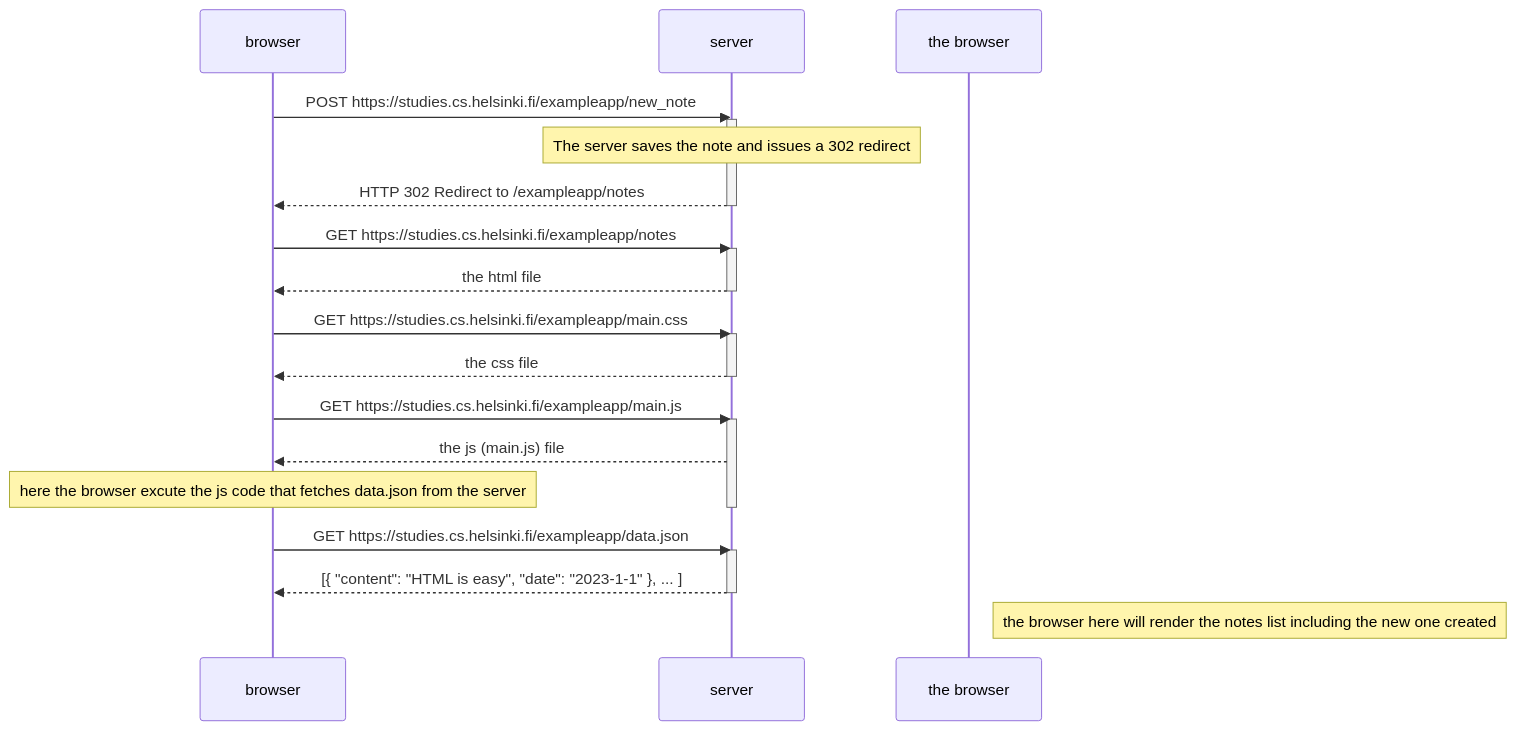
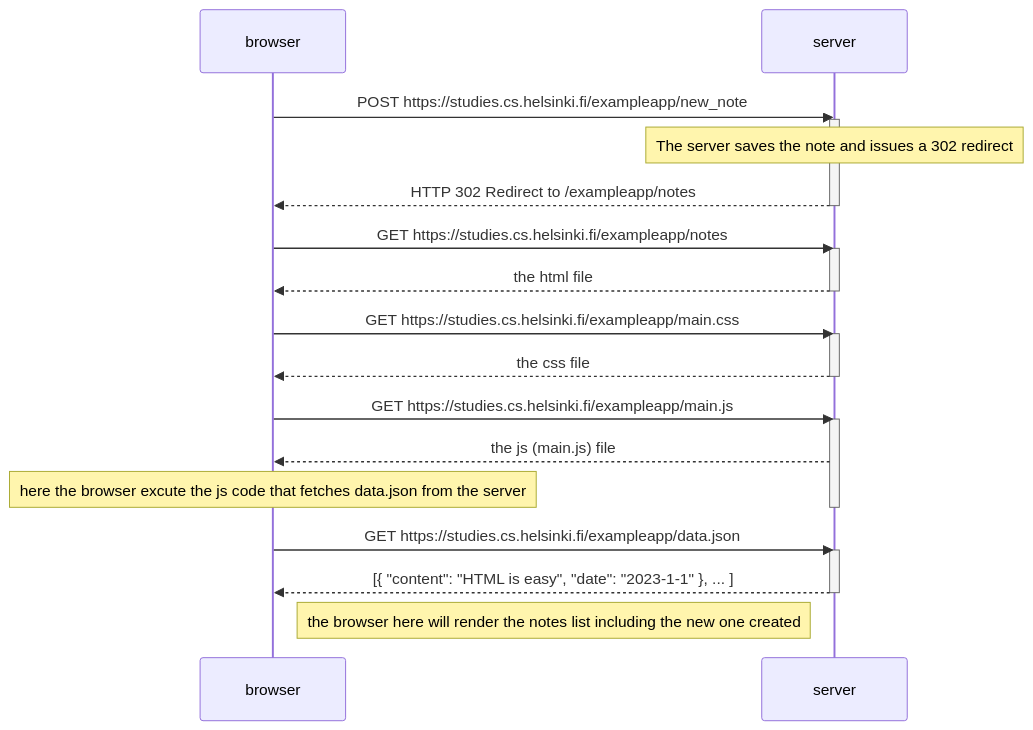
One commit to BillioCode/fullstack-open changed the diagram in part0/0.4_diagram.md. Above: the diagram before and after it, drawn with Mermaid.

Commit message:
typo correction in 0.4-diagram

````diff
--- a/part0/0.4_diagram.md
+++ b/part0/0.4_diagram.md
@@ -1,35 +1,35 @@
 ```mermaid
 sequenceDiagram
 participant browser
 participant server
 
     browser->>server: POST https://studies.cs.helsinki.fi/exampleapp/new_note
     activate server
     Note over server: The server saves the note and issues a 302 redirect
     server-->>browser: HTTP 302 Redirect to /exampleapp/notes
     deactivate server
 
     browser->>server: GET https://studies.cs.helsinki.fi/exampleapp/notes
     activate server
     server-->>browser: the html file
     deactivate server
 
     browser->>server: GET https://studies.cs.helsinki.fi/exampleapp/main.css
     activate server
     server-->>browser: the css file
     deactivate server
 
     browser->>server: GET https://studies.cs.helsinki.fi/exampleapp/main.js
     activate server
     server-->>browser: the js (main.js) file
     Note over browser: here the browser excute the js code that fetches data.json from the server
     deactivate server
 
 
     browser->>server: GET https://studies.cs.helsinki.fi/exampleapp/data.json
     activate server
     server-->>browser: [{ "content": "HTML is easy", "date": "2023-1-1" }, ... ]
     deactivate server
 
-    Note right of the browser: the browser here will render the notes list including the new one created
+    Note right of browser: the browser here will render the notes list including the new one created
 ```
````
